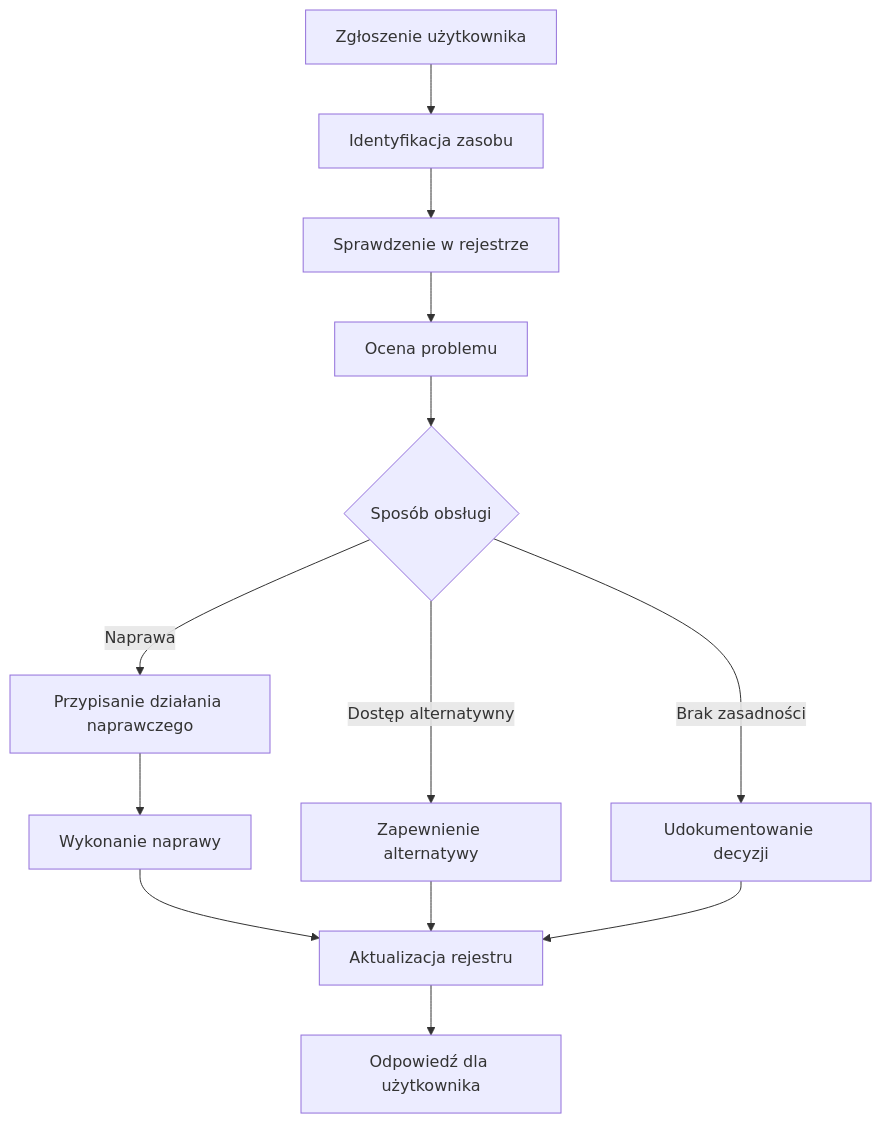
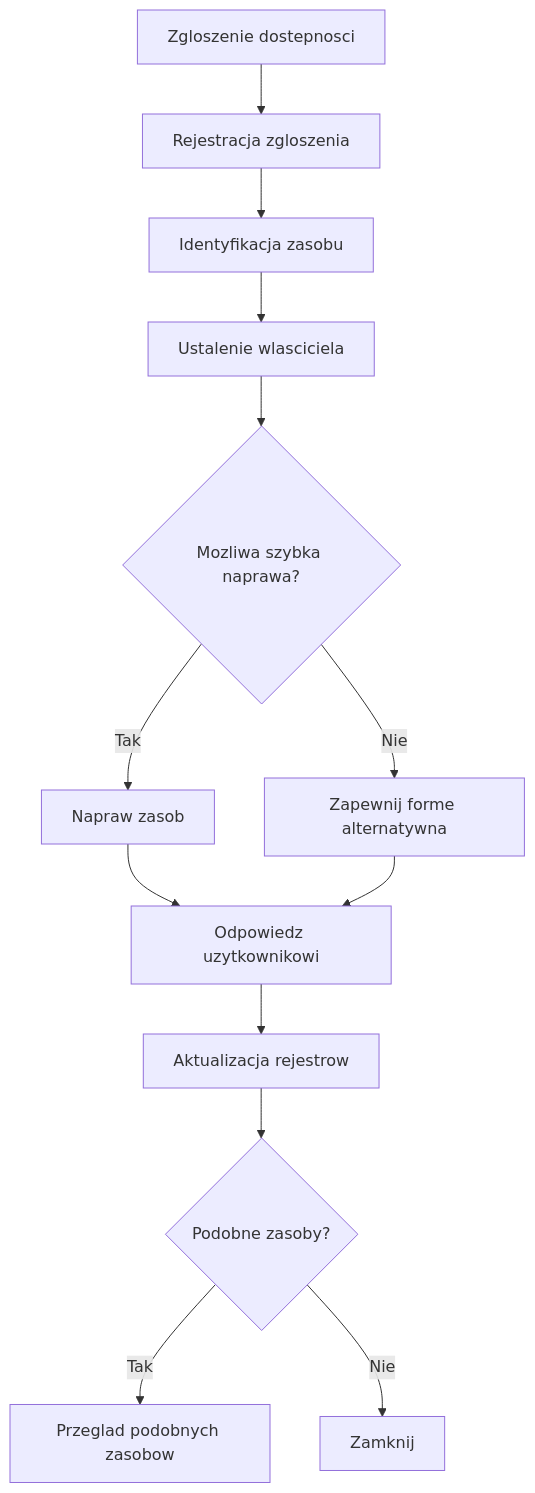
One commit to bwilk-umjaslo/Zarzadzanie-dostepna-trescia-publiczna changed the sixth of 8 diagrams in src/narzedzia/schematy-procesow.md. Above: the diagram before and after it, drawn with Mermaid. The commit also changed other lines of this file and 21 other files, not shown here.

````diff
--- a/src/narzedzia/schematy-procesow.md
+++ b/src/narzedzia/schematy-procesow.md
@@ -127,19 +162,15 @@
 ```mermaid
 flowchart TD
-    A[Zgłoszenie użytkownika] --> B[Identyfikacja zasobu]
-    B --> C[Sprawdzenie w rejestrze]
-    C --> D[Ocena problemu]
-    D --> E{Sposób obsługi}
-
-    E -->|Naprawa| F[Przypisanie działania naprawczego]
-    F --> G[Wykonanie naprawy]
-    G --> H[Aktualizacja rejestru]
-
-    E -->|Dostęp alternatywny| I[Zapewnienie alternatywy]
-    I --> H
-
-    E -->|Brak zasadności| J[Udokumentowanie decyzji]
-    J --> H
-
-    H --> K[Odpowiedź dla użytkownika]
+    A[Zgloszenie dostepnosci] --> B[Rejestracja zgloszenia]
+    B --> C[Identyfikacja zasobu]
+    C --> D[Ustalenie wlasciciela]
+    D --> E{Mozliwa szybka naprawa?}
+    E -- Tak --> F[Napraw zasob]
+    E -- Nie --> G[Zapewnij forme alternatywna]
+    F --> H[Odpowiedz uzytkownikowi]
+    G --> H
+    H --> I[Aktualizacja rejestrow]
+    I --> J{Podobne zasoby?}
+    J -- Tak --> K[Przeglad podobnych zasobow]
+    J -- Nie --> L[Zamknij]
 ```
````
